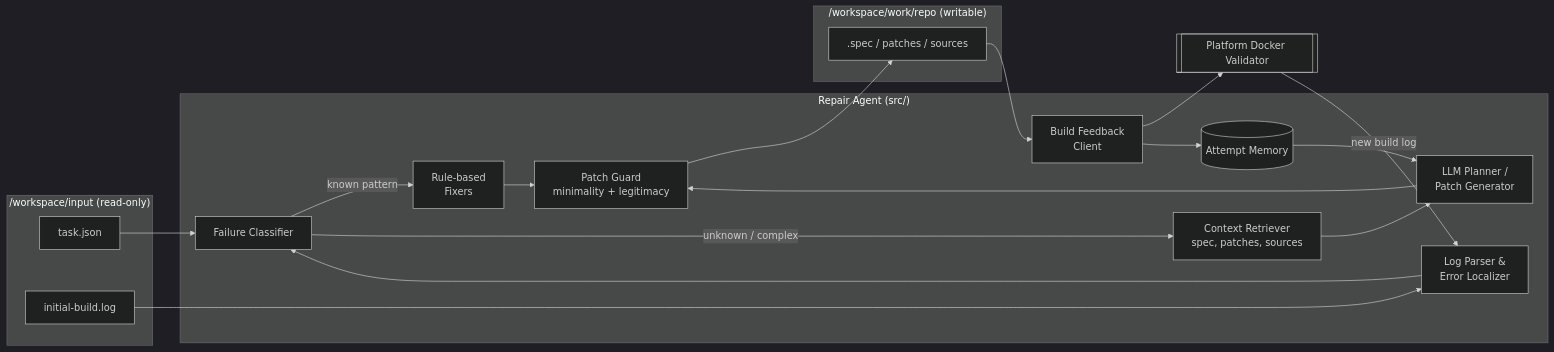
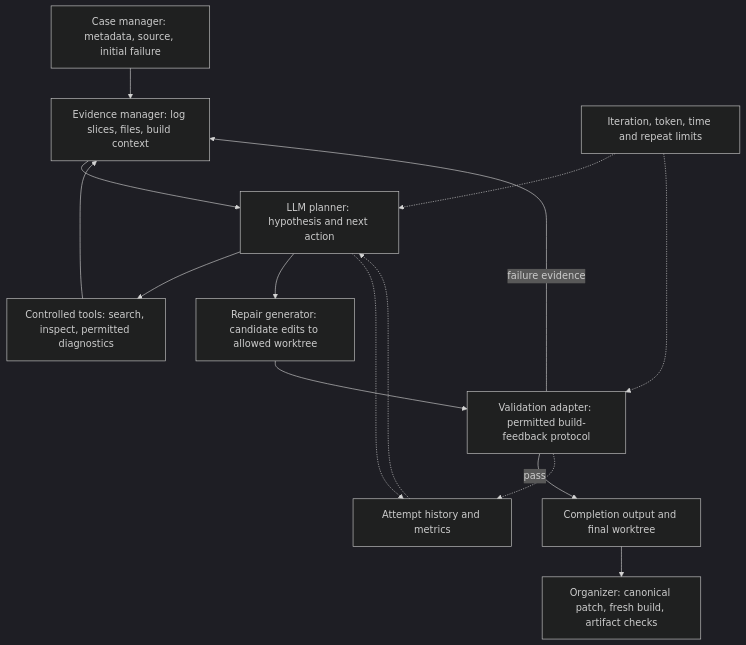
One commit to ec528-fall26/build-bench changed the diagram in docs/design-proposal.md. Above: the diagram before and after it, drawn with Mermaid (dark theme). The commit also changed other lines of this file, not shown here.

First line of the commit message:
Revise design proposal for Build-Bench Challenge

````diff
--- a/docs/design-proposal.md
+++ b/docs/design-proposal.md
@@ -55,35 +30,17 @@
 ```mermaid
-flowchart LR
-    subgraph Input["/workspace/input (read-only)"]
-        T[task.json]
-        L[initial-build.log]
-    end
-
-    subgraph Agent["Repair Agent (src/)"]
-        P[Log Parser &<br/>Error Localizer]
-        C[Failure Classifier]
-        R[Rule-based<br/>Fixers]
-        X[Context Retriever<br/>spec, patches, sources]
-        LLM[LLM Planner /<br/>Patch Generator]
-        G[Patch Guard<br/>minimality + legitimacy]
-        B[Build Feedback<br/>Client]
-        M[(Attempt Memory)]
-    end
-
-    subgraph Repo["/workspace/work/repo (writable)"]
-        S[.spec / patches / sources]
-    end
-
-    V[[Platform Docker Validator]]
-
-    L --> P --> C
-    T --> C
-    C -- known pattern --> R
-    C -- unknown / complex --> X --> LLM
-    R --> G
-    LLM --> G
-    G --> S
-    S --> B --> V
-    V -- new build log --> P
-    B --> M --> LLM
+flowchart TD
+    C[Case manager: metadata, source, initial failure] --> E[Evidence manager: log slices, files, build context]
+    E --> P[LLM planner: hypothesis and next action]
+    P --> T[Controlled tools: search, inspect, permitted diagnostics]
+    T --> E
+    P --> R[Repair generator: candidate edits to allowed worktree]
+    R --> V[Validation adapter: permitted build-feedback protocol]
+    V -->|failure evidence| E
+    V -->|pass| F[Completion output and final worktree]
+    F --> O[Organizer: canonical patch, fresh build, artifact checks]
+    H[Attempt history and metrics] -.-> P
+    P -.-> H
+    V -.-> H
+    B[Iteration, token, time and repeat limits] -.-> P
+    B -.-> V
 ```
````
